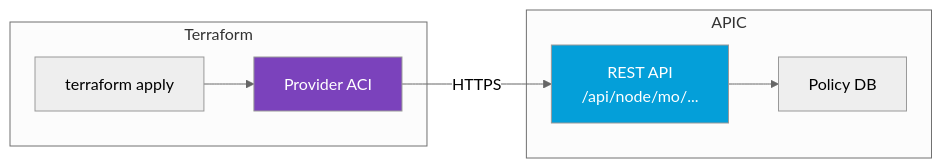
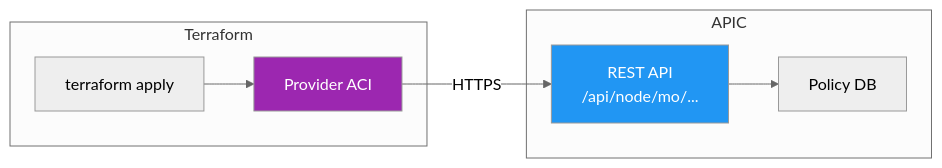
The diagram in docs/formations/terraform-aci/05-module.md (VBlackJack/ShellBook), drawn with Mermaid (neutral theme) before and after one commit. The commit also changed other lines of this file and 337 other files, not shown here.

First line of the commit message:
refactor(docs): Standardize code blocks and Mermaid colors

````diff
--- a/docs/formations/terraform-aci/05-module.md
+++ b/docs/formations/terraform-aci/05-module.md
@@ -34,19 +34,19 @@
 ```mermaid
 graph LR
     subgraph "Terraform"
         TF["terraform apply"]
         PROVIDER["Provider ACI"]
     end
 
     subgraph "APIC"
         API["REST API<br/>/api/node/mo/..."]
         APIC_DB["Policy DB"]
     end
 
     TF --> PROVIDER
     PROVIDER -->|"HTTPS"| API
     API --> APIC_DB
 
-    style PROVIDER fill:#7b42bc,color:#fff
-    style API fill:#049fd9,color:#fff
+    style PROVIDER fill:#9C27B0,color:#fff
+    style API fill:#2196F3,color:#fff
 ```
````
